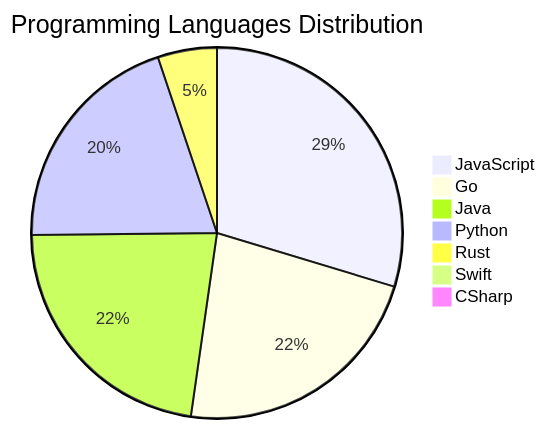
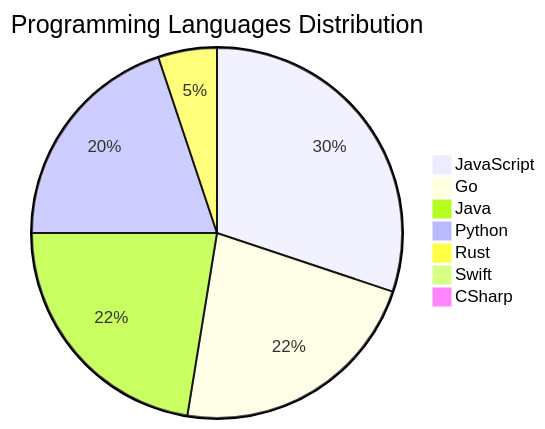
One commit to Derrick-MUGISHA/github-activity-bot changed the diagram in README.md. Above: the diagram before and after it, drawn with Mermaid. The commit also changed other lines of this file and 4 other files, not shown here.

````diff
--- a/README.md
+++ b/README.md
@@ -207,10 +207,10 @@
 ```mermaid
 pie title Programming Languages Distribution
-    "JavaScript" : 46
+    "JavaScript" : 47
     "Go" : 35
     "Java" : 35
     "Python" : 31
     "Rust" : 8
     "Swift" : 1
     "CSharp" : 1
 ```
````
